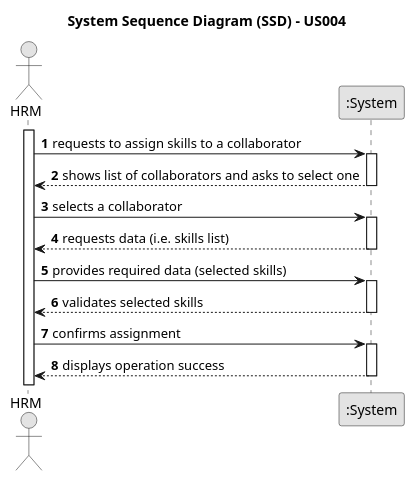
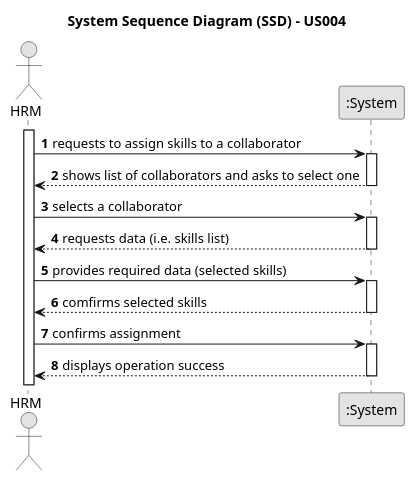
The diagram in docs/sprintB/us004/01.requirements-engineering/puml/us004-system-sequence-diagram-alternative-one.puml (ricardomm7/leaflink), drawn with PlantUML before and after one commit. The commit also changed 9 other files, not shown here.

```diff
--- a/docs/sprintB/us004/01.requirements-engineering/puml/us004-system-sequence-diagram-alternative-one.puml
+++ b/docs/sprintB/us004/01.requirements-engineering/puml/us004-system-sequence-diagram-alternative-one.puml
@@ -1,38 +1,38 @@
 @startuml
 skinparam monochrome true
 skinparam packageStyle rectangle
 skinparam shadowing false
 
 title System Sequence Diagram (SSD) - US004
 
 autonumber
 
 actor "HRM" as HRM
 participant ":System" as System
 
 activate HRM
 
     HRM -> System : requests to assign skills to a collaborator
     activate System
 
         System --> HRM : shows list of collaborators and asks to select one
     deactivate System
 
     HRM -> System : selects a collaborator
     activate System
 
         System --> HRM : requests data (i.e. skills list)
     deactivate System
 
     HRM -> System : provides required data (selected skills)
     activate System
 
-        System --> HRM : validates selected skills
+        System --> HRM : comfirms selected skills
     deactivate System
 
     HRM -> System : confirms assignment
     activate System
 
         System --> HRM : displays operation success
     deactivate System
 @enduml
```
